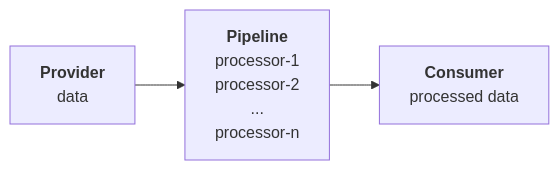
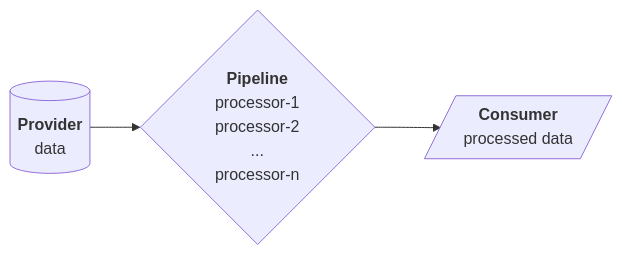
Before and after one commit to VirtualMetric/virtualmetric-docs: the first of 6 diagrams in docs/admin/pipelines/overview.mdx, drawn with Mermaid. The commit also changed other lines of this file and 3 other files, not shown here.

Commit message:
Edits on graphics

````diff
--- a/docs/admin/pipelines/overview.mdx
+++ b/docs/admin/pipelines/overview.mdx
@@ -15,17 +15,17 @@
 ```mermaid
 %%{init: {"flowchart": {"htmlLabels": false}}}%%
 flowchart LR
-	provider["`**Provider**
+	provider[("`**Provider**
     data
-  `"]
-  pipeline["`**Pipeline**
+  `")]
+  pipeline{"`**Pipeline**
 	  processor-1
     processor-2
     ...
     processor-n
-  `"]
-	consumer["`**Consumer**
+  `"}
+	consumer[/"`**Consumer**
     processed data
-  `"]
+  `"/]
 	provider --> pipeline --> consumer
 ```
````
